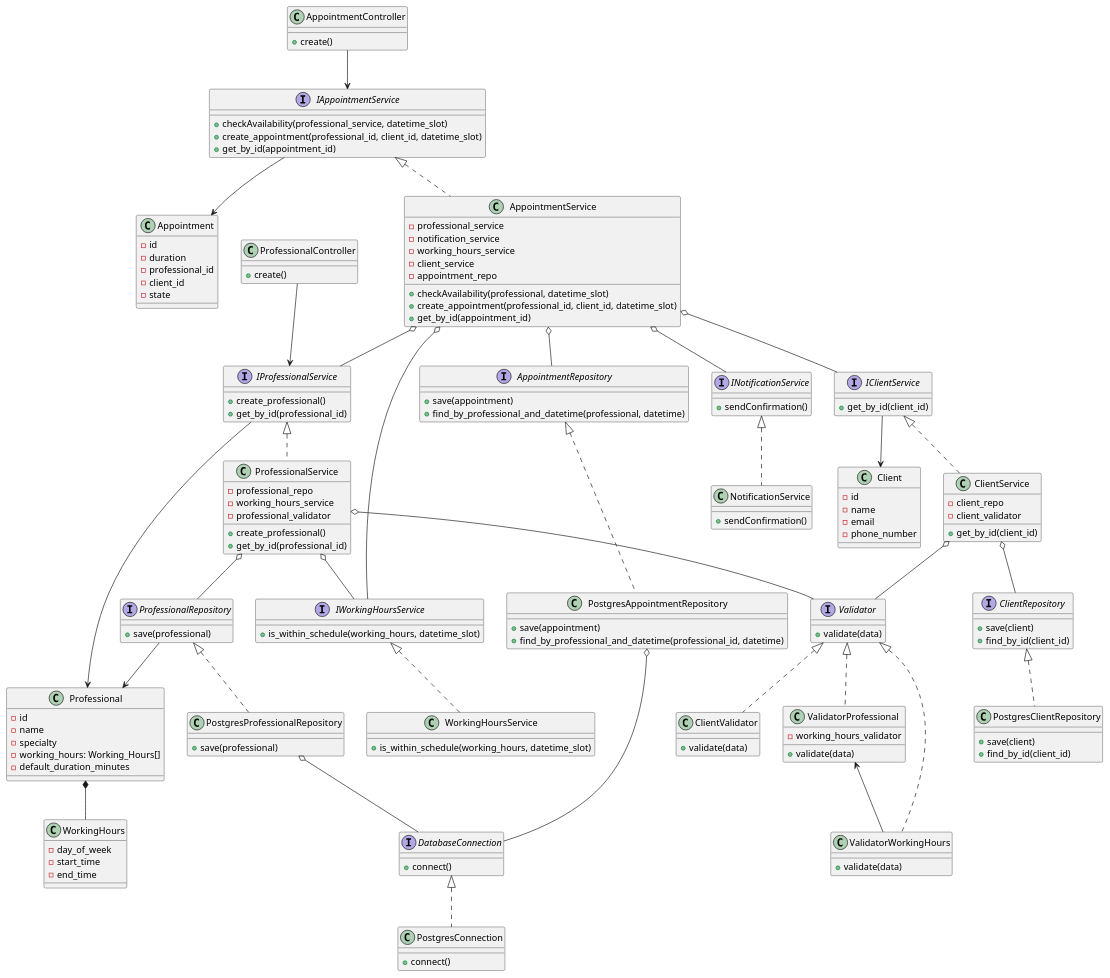
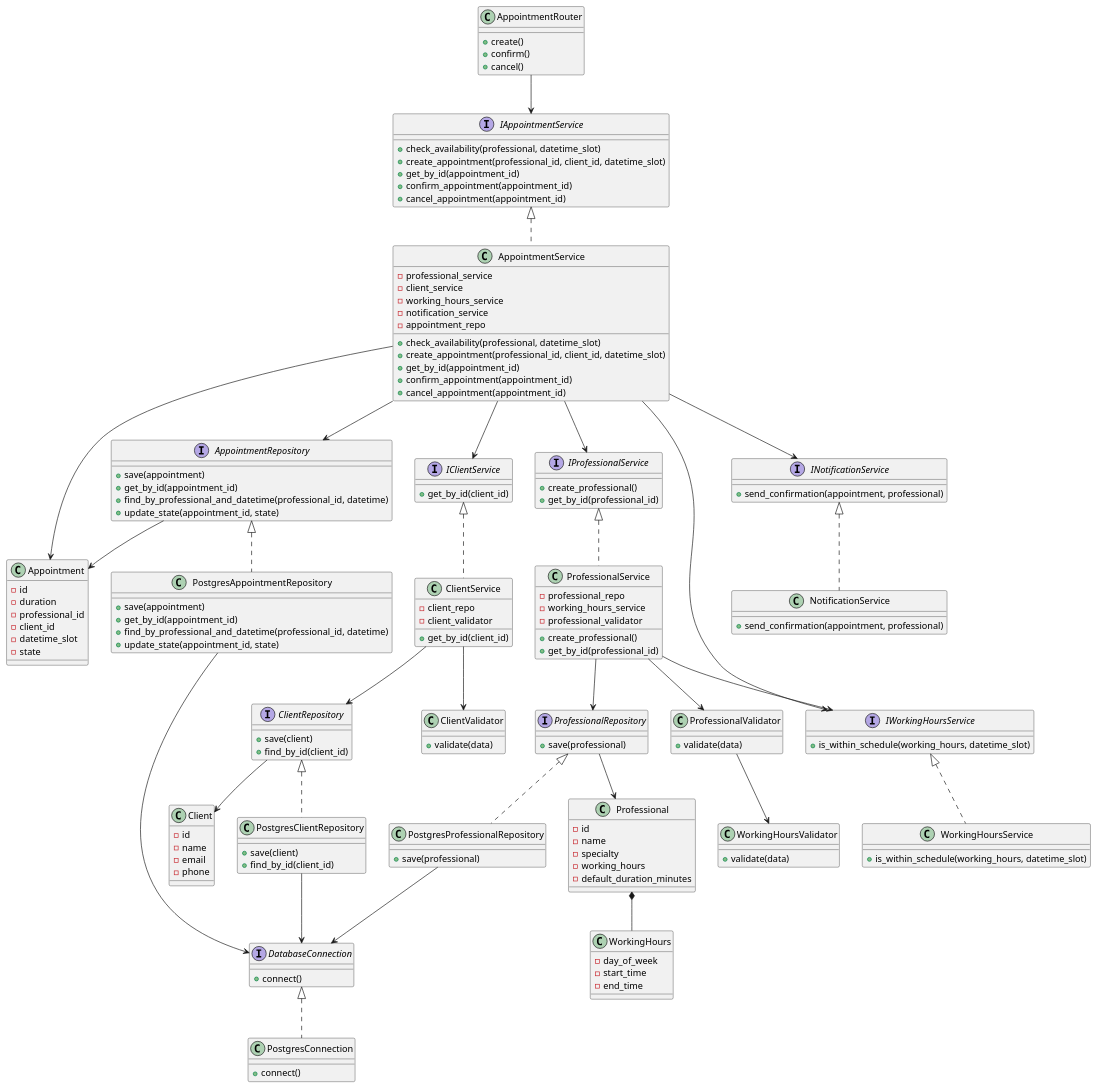
One commit to FranciscoAntonelli/appointment-system changed the diagram in docs/diagram.puml. Above: the diagram before and after it, drawn with PlantUML. The commit also changed 1 other file, not shown here.

Commit message:
cambiando el diagrama

```diff
--- a/docs/diagram.puml
+++ b/docs/diagram.puml
@@ -1,90 +1,171 @@
 @startuml
 
-class AppointmentController {
+' =========================
+' APPOINTMENT
+' =========================
+
+class AppointmentRouter {
     + create()
+    + confirm()
+    + cancel()
 }
-AppointmentController --> IAppointmentService
 
 interface IAppointmentService {
-    + checkAvailability(professional_service, datetime_slot)
+    + check_availability(professional, datetime_slot)
     + create_appointment(professional_id, client_id, datetime_slot)
     + get_by_id(appointment_id)
+    + confirm_appointment(appointment_id)
+    + cancel_appointment(appointment_id)
 }
-IAppointmentService --> Appointment
 
-class AppointmentService implements IAppointmentService{
+class AppointmentService implements IAppointmentService {
     - professional_service
+    - client_service
+    - working_hours_service
     - notification_service
-    - working_hours_service
-    - client_service
     - appointment_repo
 
-    + checkAvailability(professional, datetime_slot)
+    + check_availability(professional, datetime_slot)
     + create_appointment(professional_id, client_id, datetime_slot)
     + get_by_id(appointment_id)
+    + confirm_appointment(appointment_id)
+    + cancel_appointment(appointment_id)
 }
-AppointmentService o-- AppointmentRepository
-AppointmentService o-- INotificationService
-AppointmentService o-- IProfessionalService
-AppointmentService o-- IWorkingHoursService
-AppointmentService o-- IClientService
+
+class Appointment {
+    - id
+    - duration
+    - professional_id
+    - client_id
+    - datetime_slot
+    - state
+}
+
+interface AppointmentRepository {
+    + save(appointment)
+    + get_by_id(appointment_id)
+    + find_by_professional_and_datetime(professional_id, datetime)
+    + update_state(appointment_id, state)
+}
+
+class PostgresAppointmentRepository implements AppointmentRepository {
+    + save(appointment)
+    + get_by_id(appointment_id)
+    + find_by_professional_and_datetime(professional_id, datetime)
+    + update_state(appointment_id, state)
+}
+
+
+' =========================
+' CLIENT
+' =========================
 
 class Client {
     - id
     - name
     - email
-    - phone_number
+    - phone
 }
 
 interface IClientService {
     + get_by_id(client_id)
 }
-IClientService --> Client
 
-class ClientService implements IClientService{
+class ClientService implements IClientService {
     - client_repo
     - client_validator
 
     + get_by_id(client_id)
 }
 
-
-
-class ClientValidator implements Validator{
-    + validate(data)
-}
-
-ClientService o-- Validator
-ClientService o-- ClientRepository
-
 interface ClientRepository {
     + save(client)
     + find_by_id(client_id)
 }
 
-class PostgresClientRepository implements ClientRepository{
+class PostgresClientRepository implements ClientRepository {
     + save(client)
     + find_by_id(client_id)
 }
 
-interface AppointmentRepository {
-    + save(appointment)
-    + find_by_professional_and_datetime(professional, datetime)
+class ClientValidator {
+    + validate(data)
 }
 
-class PostgresAppointmentRepository implements AppointmentRepository{
-    + save(appointment)
-    + find_by_professional_and_datetime(professional_id, datetime)
+
+' =========================
+' PROFESSIONAL
+' =========================
+
+class Professional {
+    - id
+    - name
+    - specialty
+    - working_hours
+    - default_duration_minutes
 }
-PostgresAppointmentRepository o-- DatabaseConnection
 
-class Appointment {
-    - id
-    - duration
-    - professional_id
-    - client_id
-    - state
+class WorkingHours {
+    - day_of_week
+    - start_time
+    - end_time
 }
+
+interface IProfessionalService {
+    + create_professional()
+    + get_by_id(professional_id)
+}
+
+class ProfessionalService implements IProfessionalService {
+    - professional_repo
+    - working_hours_service
+    - professional_validator
+
+    + create_professional()
+    + get_by_id(professional_id)
+}
+
+interface ProfessionalRepository {
+    + save(professional)
+}
+
+class PostgresProfessionalRepository implements ProfessionalRepository {
+    + save(professional)
+}
+
+class ProfessionalValidator {
+    + validate(data)
+}
+
+class WorkingHoursValidator {
+    + validate(data)
+}
+
+interface IWorkingHoursService {
+    + is_within_schedule(working_hours, datetime_slot)
+}
+
+class WorkingHoursService implements IWorkingHoursService {
+    + is_within_schedule(working_hours, datetime_slot)
+}
+
+
+' =========================
+' NOTIFICATION
+' =========================
+
+interface INotificationService {
+    + send_confirmation(appointment, professional)
+}
+
+class NotificationService implements INotificationService {
+    + send_confirmation(appointment, professional)
+}
+
+
+' =========================
+' DATABASE
+' =========================
 
 interface DatabaseConnection {
     + connect()
@@ -94,83 +175,37 @@
     + connect()
 }
 
-interface INotificationService {
-    + sendConfirmation()
-}
 
-class NotificationService implements INotificationService {
-    + sendConfirmation()
-}
+' =========================
+' DEPENDENCIES
+' =========================
 
-class Professional{
-    - id
-    - name 
-    - specialty
-    - working_hours: Working_Hours[]
-    - default_duration_minutes
-}
+AppointmentRouter --> IAppointmentService
+
+AppointmentService --> IProfessionalService
+AppointmentService --> IClientService
+AppointmentService --> IWorkingHoursService
+AppointmentService --> INotificationService
+AppointmentService --> AppointmentRepository
+AppointmentService --> Appointment
+
+AppointmentRepository --> Appointment
+PostgresAppointmentRepository --> DatabaseConnection
+
+ClientService --> ClientRepository
+ClientService --> ClientValidator
+ClientRepository --> Client
+PostgresClientRepository --> DatabaseConnection
+
+ProfessionalService --> ProfessionalRepository
+ProfessionalService --> IWorkingHoursService
+ProfessionalService --> ProfessionalValidator
+ProfessionalRepository --> Professional
+PostgresProfessionalRepository --> DatabaseConnection
+
+
 Professional *-- WorkingHours
 
-class WorkingHours {
-    - day_of_week
-    - start_time
-    - end_time
-}
-
-class ProfessionalController {
-    + create()
-}
-ProfessionalController --> IProfessionalService
-
-interface IProfessionalService {
-    + create_professional()
-    + get_by_id(professional_id)
-}
-IProfessionalService --> Professional
-
-class ProfessionalService implements IProfessionalService {
-    - professional_repo
-    - working_hours_service
-    - professional_validator
-
-    + create_professional()
-    + get_by_id(professional_id)
-}
-ProfessionalService o-- ProfessionalRepository
-ProfessionalService o-- Validator
-ProfessionalService o-- IWorkingHoursService
-
-interface IWorkingHoursService {
-    + is_within_schedule(working_hours, datetime_slot)
-}
-
-class WorkingHoursService implements IWorkingHoursService{
-    + is_within_schedule(working_hours, datetime_slot)
-}
-
-interface Validator {
-    + validate(data)
-}
-
-class ValidatorProfessional implements Validator{
-    - working_hours_validator
-    + validate(data)
-}
-ValidatorProfessional <-- ValidatorWorkingHours
-
-class ValidatorWorkingHours implements Validator{
-    + validate(data)
-}
-
-interface ProfessionalRepository {
-    + save(professional)
-}
-ProfessionalRepository --> Professional
-
-class PostgresProfessionalRepository implements ProfessionalRepository {
-    + save(professional)
-}
-
-PostgresProfessionalRepository o-- DatabaseConnection
+ProfessionalValidator --> WorkingHoursValidator
 
 @enduml
```
